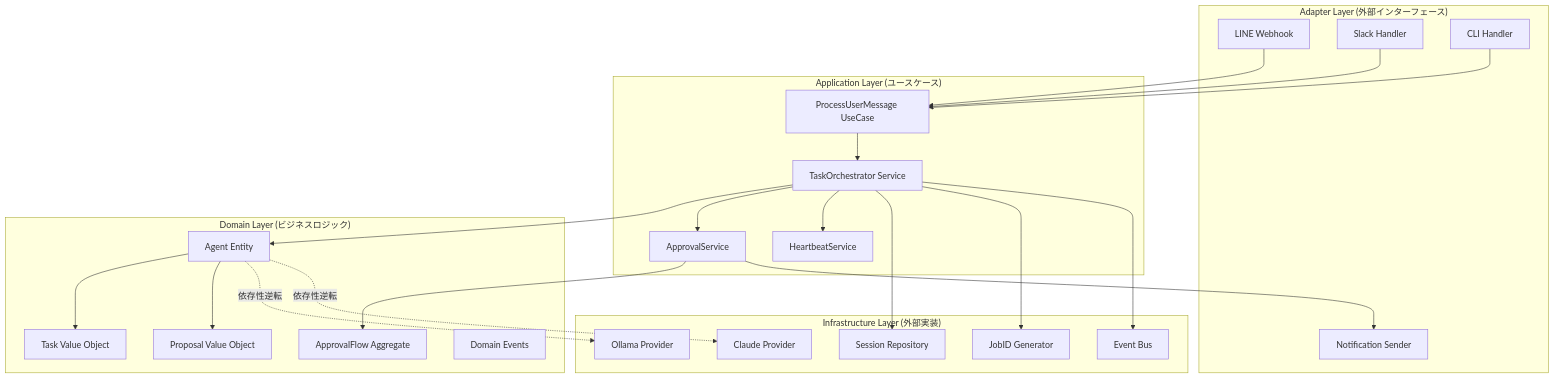
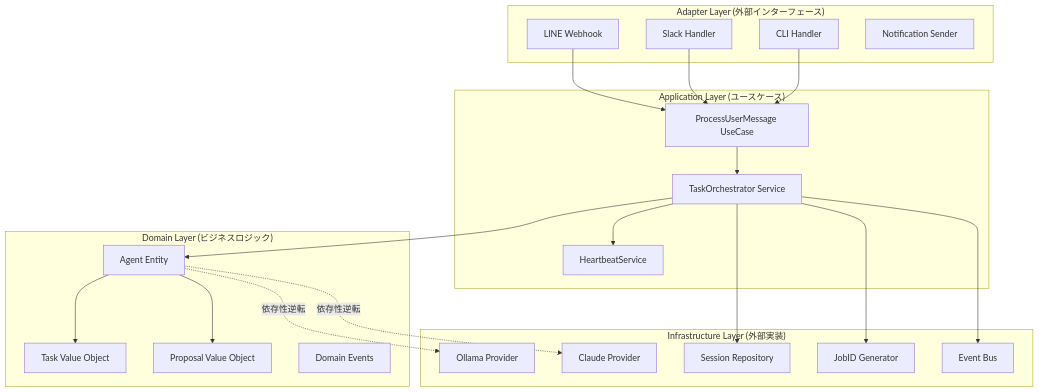
The first of 5 diagrams in docs/archive/08_AI提案/クリーンアーキテクチャ提案_01.md (Nyukimin/picoclaw_multiLLM), drawn with Mermaid before and after one commit. The commit also changed other lines of this file and 88 other files, not shown here.

Commit message:
Remove approval flow and align tests

````diff
--- a/docs/archive/08_AI提案/クリーンアーキテクチャ提案_01.md
+++ b/docs/archive/08_AI提案/クリーンアーキテクチャ提案_01.md
@@ -173,53 +168,48 @@
 ```mermaid
 graph TB
     subgraph "Adapter Layer (外部インターフェース)"
         LINE[LINE Webhook]
         Slack[Slack Handler]
         CLI[CLI Handler]
         Notif[Notification Sender]
     end
 
     subgraph "Application Layer (ユースケース)"
         ProcessMsg[ProcessUserMessage UseCase]
         Orchestrator[TaskOrchestrator Service]
-        Approval[ApprovalService]
         Heartbeat[HeartbeatService]
     end
 
     subgraph "Domain Layer (ビジネスロジック)"
         Agent[Agent Entity]
         Task[Task Value Object]
         Proposal[Proposal Value Object]
-        ApprovalFlow[ApprovalFlow Aggregate]
         Events[Domain Events]
     end
 
     subgraph "Infrastructure Layer (外部実装)"
         Ollama[Ollama Provider]
         Claude[Claude Provider]
         SessionRepo[Session Repository]
         JobIDGen[JobID Generator]
         EventBus[Event Bus]
     end
 
     LINE --> ProcessMsg
     Slack --> ProcessMsg
     CLI --> ProcessMsg
 
     ProcessMsg --> Orchestrator
     Orchestrator --> Agent
-    Orchestrator --> Approval
     Orchestrator --> Heartbeat
 
     Agent --> Task
     Agent --> Proposal
-    Approval --> ApprovalFlow
     Agent -.依存性逆転.-> Ollama
     Agent -.依存性逆転.-> Claude
 
     Orchestrator --> SessionRepo
     Orchestrator --> JobIDGen
     Orchestrator --> EventBus
 
-    Approval --> Notif
 ```
````
